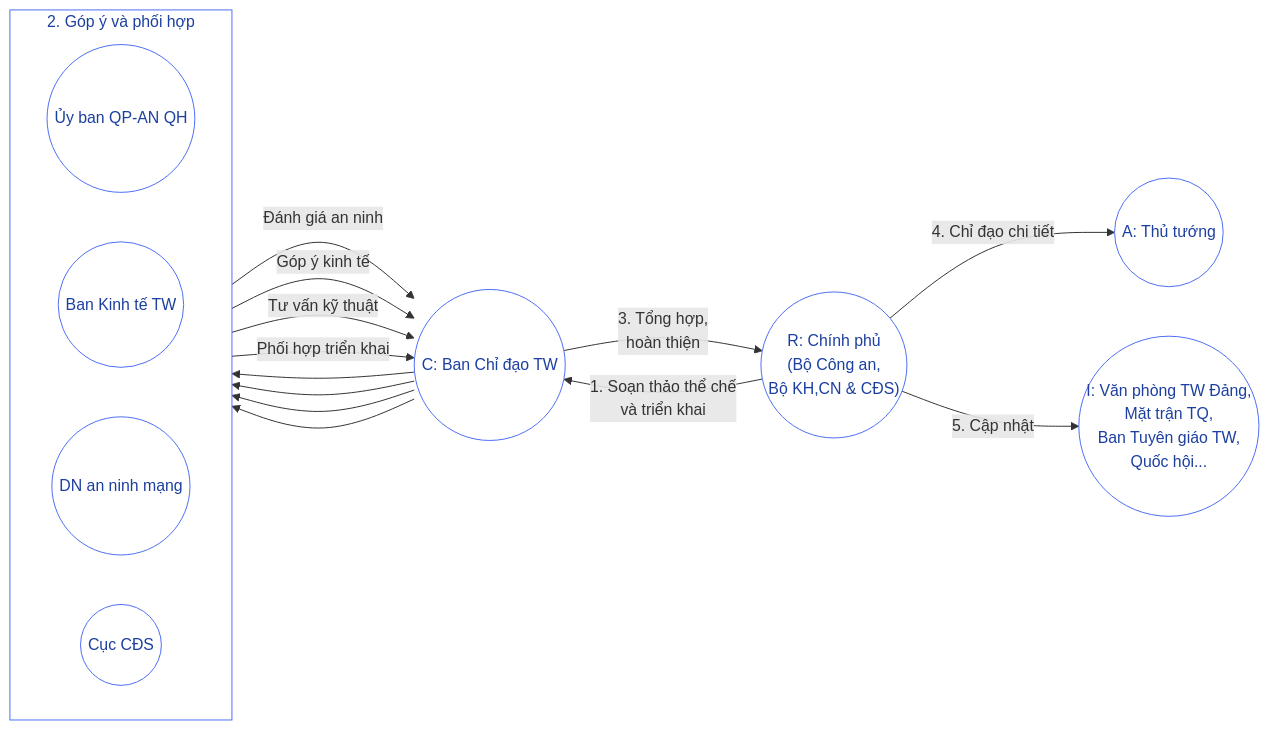
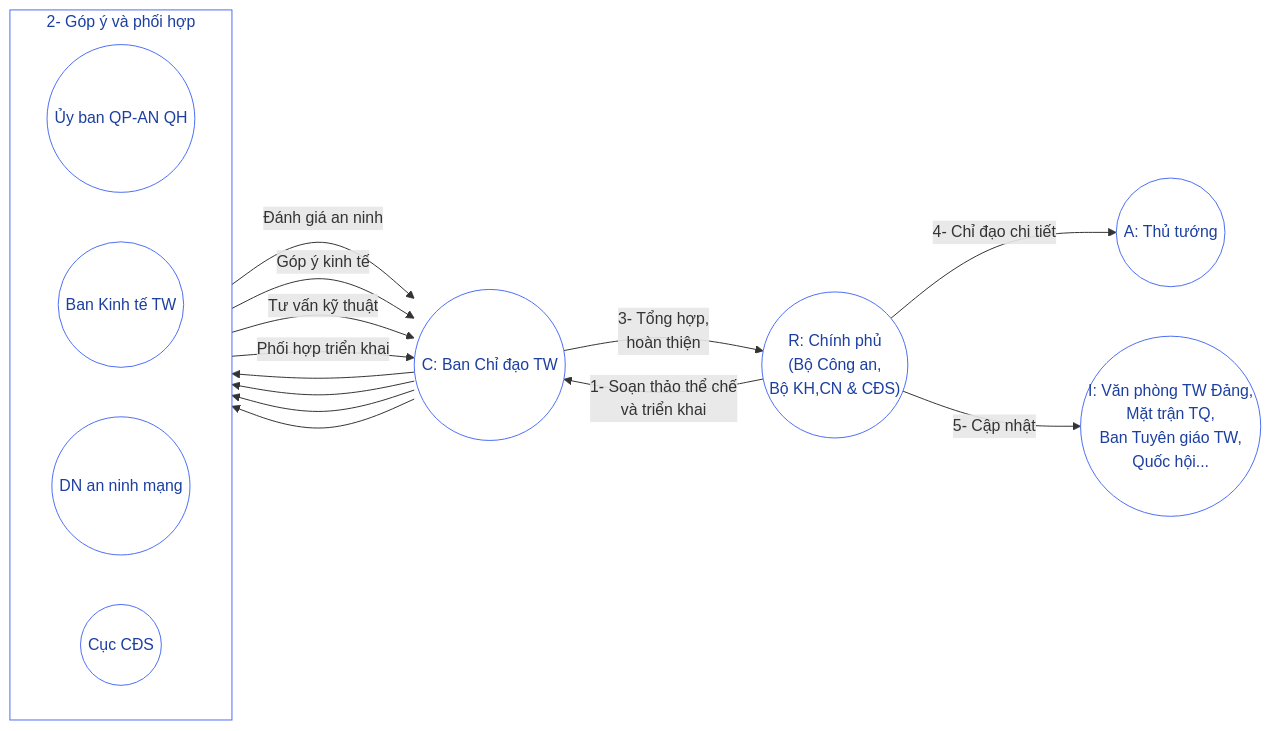
The eighth of 11 diagrams in mo hinh to chuc.md (thetrungdtt/VNMasterplan), drawn with Mermaid before and after one commit. The commit also changed other lines of this file, not shown here.

````diff
--- a/mo hinh to chuc.md
+++ b/mo hinh to chuc.md
@@ -327,33 +328,33 @@
 ```mermaid
 
 flowchart LR
-    A(("R: Chính phủ<br/>(Bộ Công an,<br/>Bộ KH,CN & CĐS)")) -->|"1. Soạn thảo thể chế<br/>và triển khai"| B(("C: Ban Chỉ đạo TW"))
+    A(("R: Chính phủ<br/>(Bộ Công an,<br/>Bộ KH,CN & CĐS)")) -->|"1- Soạn thảo thể chế<br/>và triển khai"| B(("C: Ban Chỉ đạo TW"))
     
-    subgraph step2["2. Góp ý và phối hợp"]
+    subgraph step2["2- Góp ý và phối hợp"]
         direction LR
         B1(("Ủy ban QP-AN QH"))
         B2(("Ban Kinh tế TW"))
         B3(("DN an ninh mạng"))
         B4(("Cục CĐS"))
     end
     
     B --> B1
     B --> B2
     B --> B3
     B --> B4
     
     B1 -->|"Đánh giá an ninh"| B
     B2 -->|"Góp ý kinh tế"| B
     B3 -->|"Tư vấn kỹ thuật"| B
     B4 -->|"Phối hợp triển khai"| B
     
-    B -->|"3. Tổng hợp,<br/>hoàn thiện"| A
-    A -->|"4. Chỉ đạo chi tiết"| C(("A: Thủ tướng"))
-    A -->|"5. Cập nhật"| D(("I: Văn phòng TW Đảng,<br/>Mặt trận TQ,<br/>Ban Tuyên giáo TW,<br/>Quốc hội..."))
+    B -->|"3- Tổng hợp,<br/>hoàn thiện"| A
+    A -->|"4- Chỉ đạo chi tiết"| C(("A: Thủ tướng"))
+    A -->|"5- Cập nhật"| D(("I: Văn phòng TW Đảng,<br/>Mặt trận TQ,<br/>Ban Tuyên giáo TW,<br/>Quốc hội..."))
 
     classDef step fill:#ffffff,stroke:#4c6ef5,stroke-width:1px,color:#1c3fa0
     classDef actor fill:#ffffff,stroke:#4c6ef5,stroke-width:1px,color:#1c3fa0
     class A,B,C,D,B1,B2,B3,B4 actor
     class step2 step
 
 ```
````
